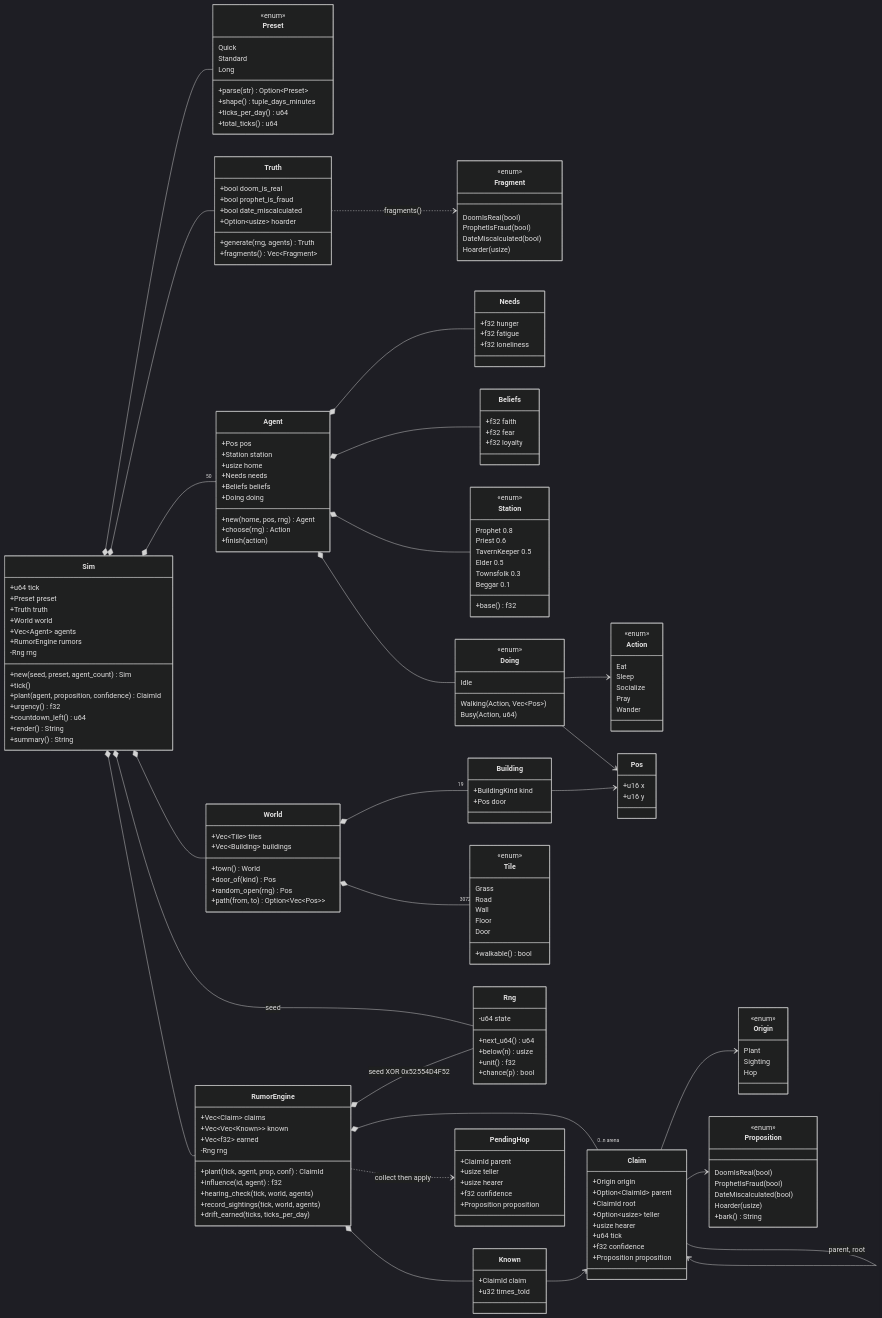
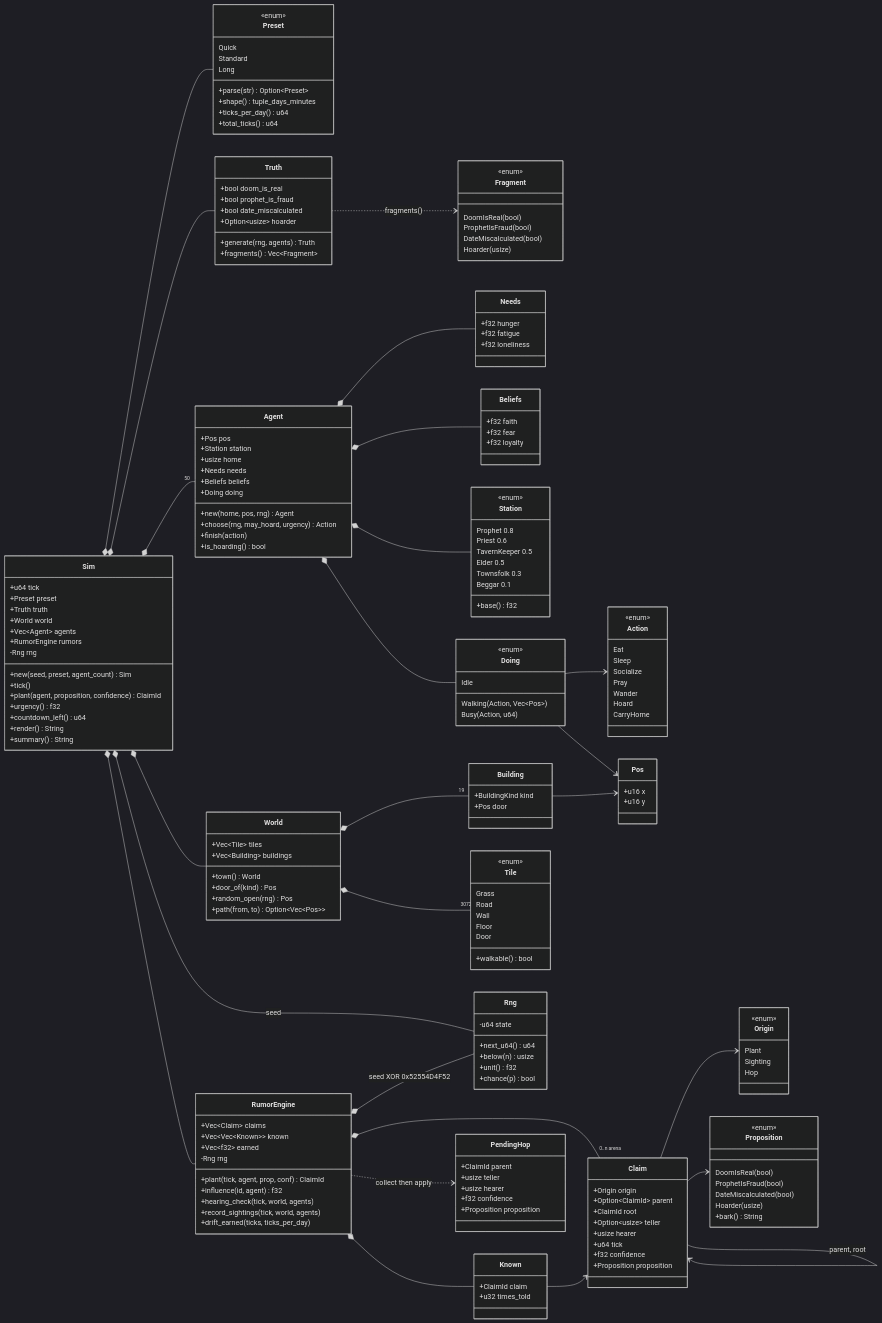
One commit to VarnoxL/last-vigil changed the second of 8 diagrams in README.md. Above: the diagram before and after it, drawn with Mermaid (dark theme). The commit also changed other lines of this file and 5 other files, not shown here.

First line of the commit message:
Hoard action and sightings

```diff
--- a/README.md
+++ b/README.md
@@ -194,8 +194,9 @@
         +Beliefs beliefs
         +Doing doing
         +new(home, pos, rng) Agent
-        +choose(rng) Action
+        +choose(rng, may_hoard, urgency) Action
         +finish(action)
+        +is_hoarding() bool
     }
     class Needs {
         +f32 hunger
@@ -230,6 +231,8 @@
         Socialize
         Pray
         Wander
+        Hoard
+        CarryHome
     }
     class World {
         +Vec~Tile~ tiles
```
